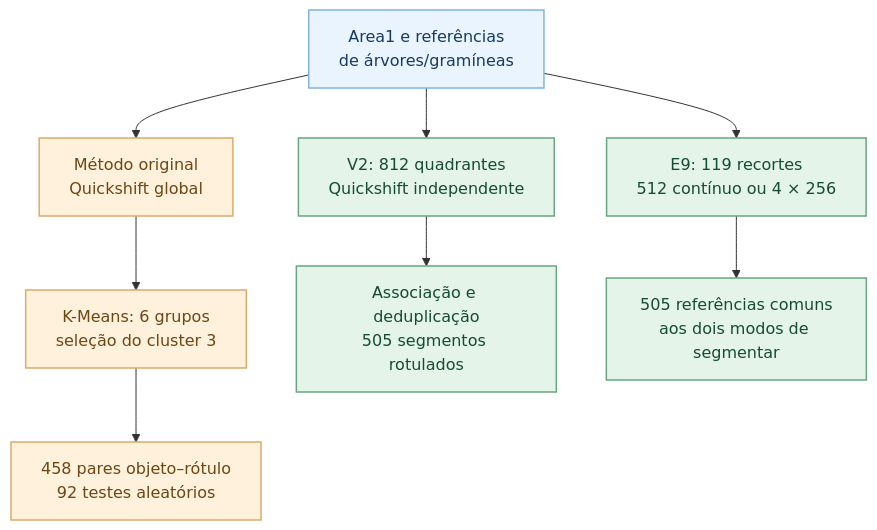
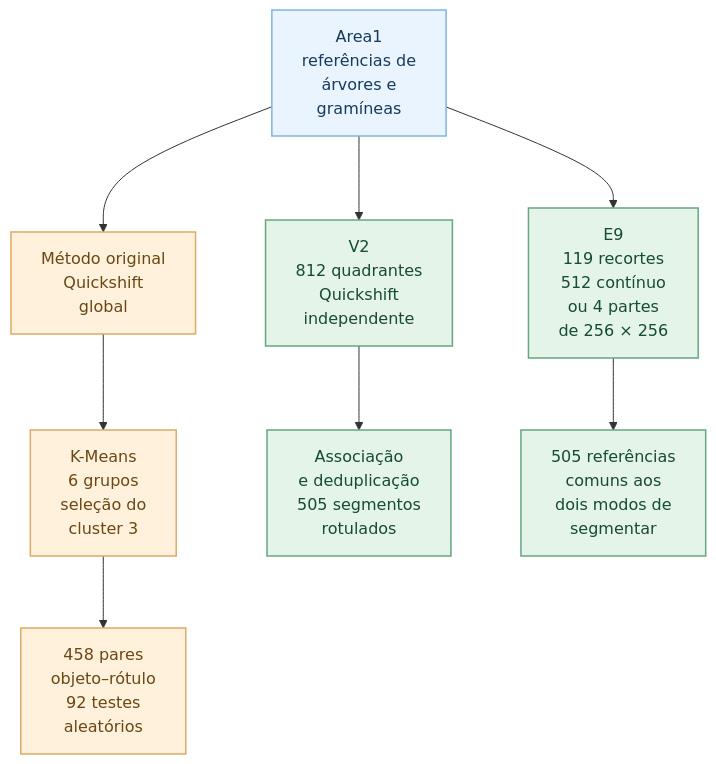
The fourth of 5 diagrams in README.md (BrenoBragaGalvao/mestrado-arvores-urbanas), drawn with Mermaid before and after one commit. The commit also changed other lines of this file, not shown here.

Commit message:
fix(readme): restore legibility of three Mermaid diagrams without changing colors

````diff
--- a/README.md
+++ b/README.md
@@ -313,19 +314,20 @@
 ```mermaid
+%%{init: {"flowchart": {"nodeSpacing": 70, "rankSpacing": 72, "htmlLabels": false}, "themeVariables": {"fontFamily": "Arial, sans-serif", "fontSize": "16px"}}}%%
 flowchart TD
-    A["Area1 e referências<br/>de árvores/gramíneas"] --> B["Método original<br/>Quickshift global"]
-    B --> C["K-Means: 6 grupos<br/>seleção do cluster 3"]
-    C --> D["458 pares objeto–rótulo<br/>92 testes aleatórios"]
+    A["Area1<br/>referências de<br/>árvores e<br/>gramíneas"] --> B["Método original<br/>Quickshift<br/>global"]
+    B --> C["K-Means<br/>6 grupos<br/>seleção do<br/>cluster 3"]
+    C --> D["458 pares<br/>objeto–rótulo<br/>92 testes<br/>aleatórios"]
 
-    A --> E["V2: 812 quadrantes<br/>Quickshift independente"]
-    E --> F["Associação e deduplicação<br/>505 segmentos rotulados"]
+    A --> E["V2<br/>812 quadrantes<br/>Quickshift<br/>independente"]
+    E --> F["Associação<br/>e deduplicação<br/>505 segmentos<br/>rotulados"]
 
-    A --> G["E9: 119 recortes<br/>512 contínuo ou 4 × 256"]
-    G --> H["505 referências comuns<br/>aos dois modos de segmentar"]
+    A --> G["E9<br/>119 recortes<br/>512 contínuo<br/>ou 4 partes<br/>de 256 × 256"]
+    G --> H["505 referências<br/>comuns aos<br/>dois modos de<br/>segmentar"]
 
     classDef origem fill:#eaf4ff,stroke:#80b4e2,color:#163b5d,stroke-width:1.5px;
     classDef historico fill:#fff1db,stroke:#dcab68,color:#6b4714,stroke-width:1.5px;
     classDef novo fill:#e4f4e8,stroke:#67a681,color:#164b35,stroke-width:1.5px;
     class A origem;
     class B,C,D historico;
     class E,F,G,H novo;
 ```
````
